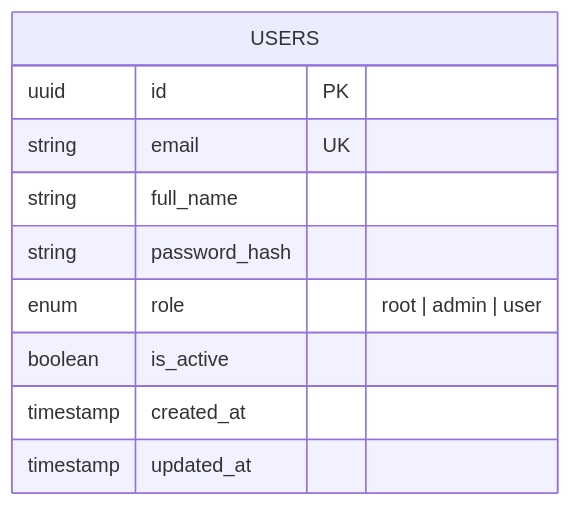
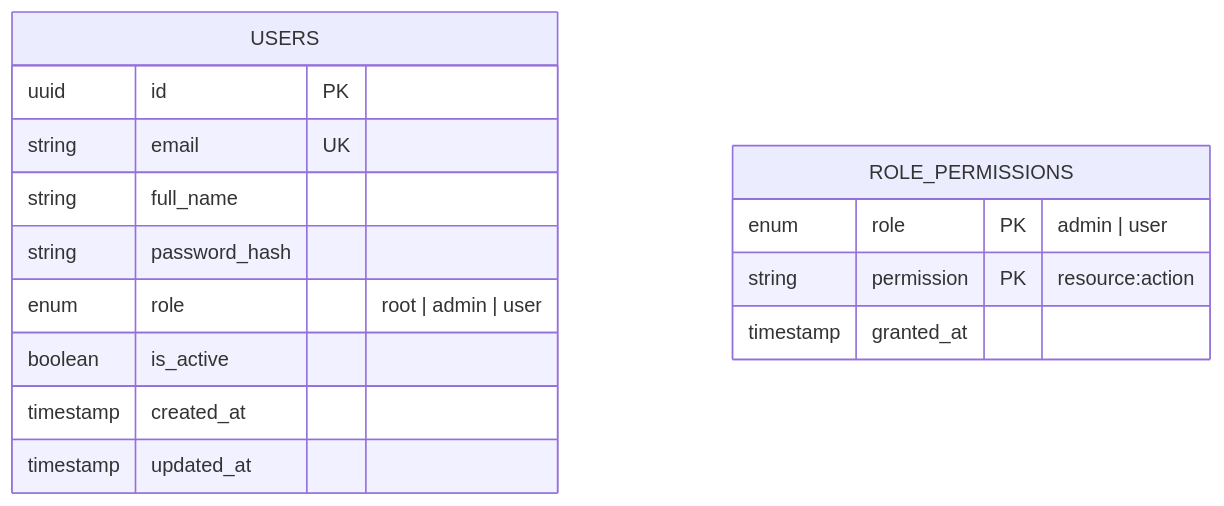
Before and after one commit to Zerik-Official/Motorix: the first of 2 diagrams in docs/en/data-model.md, drawn with Mermaid. The commit also changed other lines of this file and 1 other file, not shown here.

Commit message:
docs(data-model): add role permissions table to auth_db

````diff
--- a/docs/en/data-model.md
+++ b/docs/en/data-model.md
@@ -7,13 +7,18 @@
 ```mermaid
 erDiagram
     USERS {
         uuid id PK
         string email UK
         string full_name
         string password_hash
         enum role "root | admin | user"
         boolean is_active
         timestamp created_at
         timestamp updated_at
     }
+    ROLE_PERMISSIONS {
+        enum role PK "admin | user"
+        string permission PK "resource:action"
+        timestamp granted_at
+    }
 ```
````
